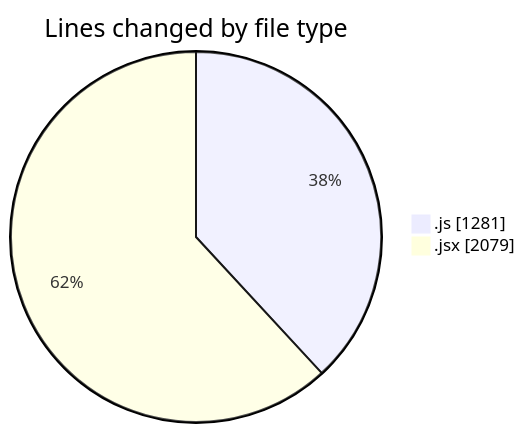
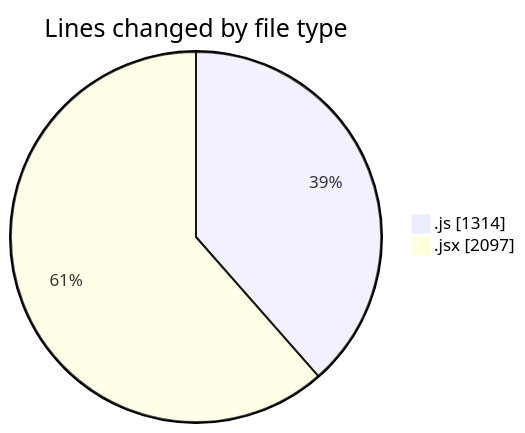
Before and after one commit to nxtqubesakshisongat/code-tracking: the first of 2 diagrams in 2025-08-28/nxtqube_webapp/README.md, drawn with Mermaid. The commit also changed other lines of this file and 1 other file, not shown here.

````diff
--- a/2025-08-28/nxtqube_webapp/README.md
+++ b/2025-08-28/nxtqube_webapp/README.md
@@ -25,6 +25,6 @@
 ```mermaid
 pie showData
 title Lines changed by file type
-".js" : 1281
-".jsx" : 2079
+".js" : 1314
+".jsx" : 2097
 ```
````
